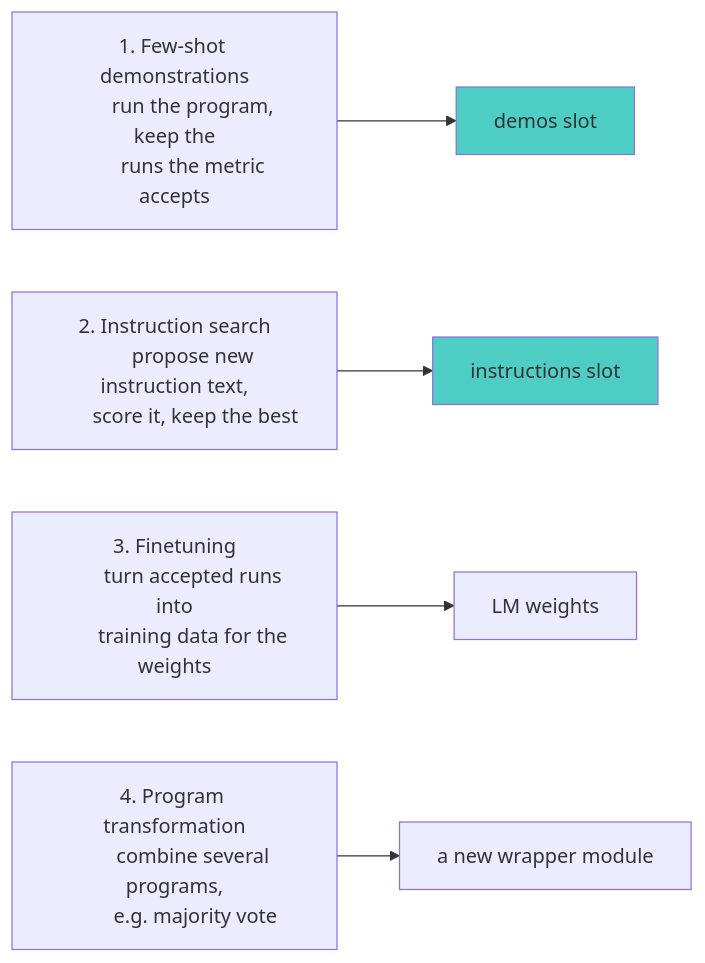
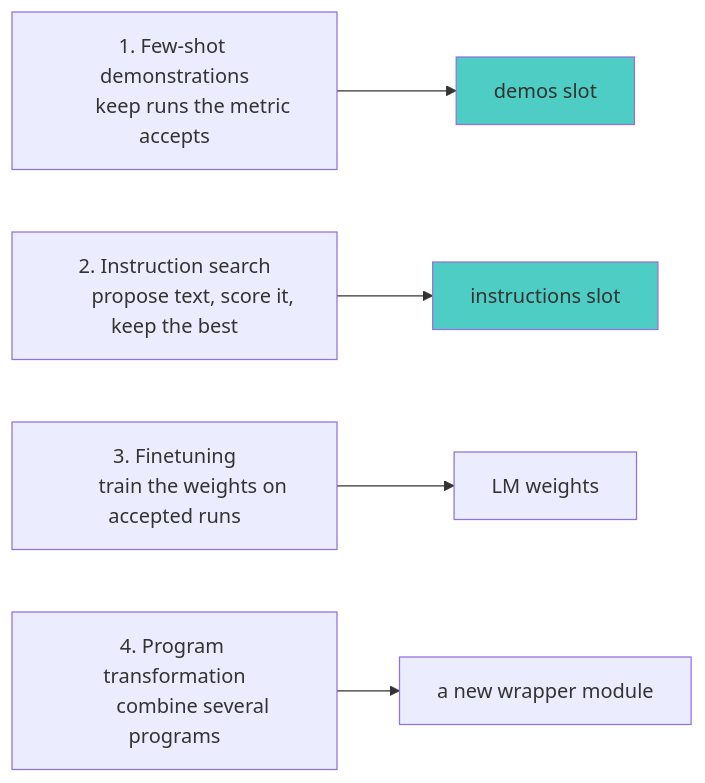
One commit to pysprings/dspy-sequence changed the second of 3 diagrams in sessions/session-7/presentation.md. Above: the diagram before and after it, drawn with Mermaid. The commit also changed 1 other file, not shown here.

Commit message:
Session 7: tighten four-approaches diagram labels
Claude-Session: https://claude.ai/code/session_01DZBeGuouDXqgg9Vp7smN97

````diff
--- a/sessions/session-7/presentation.md
+++ b/sessions/session-7/presentation.md
@@ -69,18 +69,14 @@
 ```mermaid
 graph LR
     A["1. Few-shot demonstrations
-        run the program, keep the
-        runs the metric accepts"] --> D["demos slot"]
+        keep runs the metric accepts"] --> D["demos slot"]
     B["2. Instruction search
-        propose new instruction text,
-        score it, keep the best"] --> I["instructions slot"]
+        propose text, score it, keep the best"] --> I["instructions slot"]
     C["3. Finetuning
-        turn accepted runs into
-        training data for the weights"] --> W["LM weights"]
+        train the weights on accepted runs"] --> W["LM weights"]
     E["4. Program transformation
-        combine several programs,
-        e.g. majority vote"] --> N["a new wrapper module"]
+        combine several programs"] --> N["a new wrapper module"]
 
     style D fill:#4ecdc4
     style I fill:#4ecdc4
 ```
````
